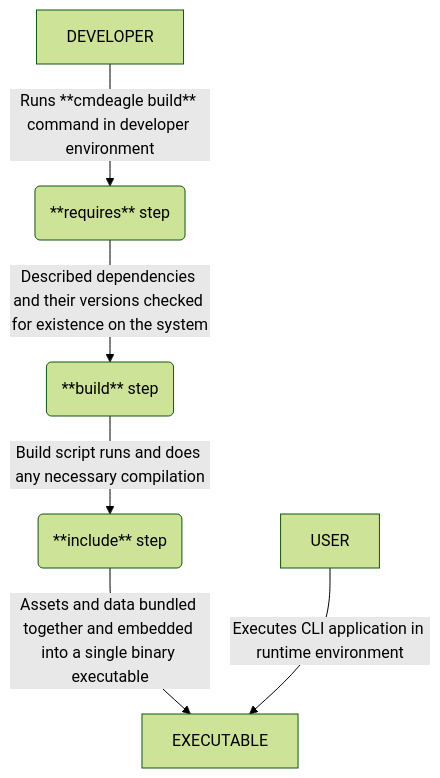
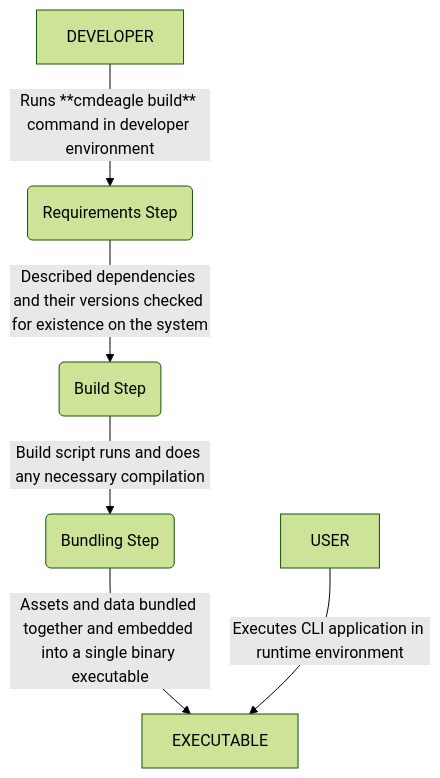
The first of 2 diagrams in docs/README.md (migsc/cmdeagle), drawn with Mermaid (forest theme) before and after one commit. The commit also changed other lines of this file and 4 other files, not shown here.

````diff
--- a/docs/README.md
+++ b/docs/README.md
@@ -270,17 +245,17 @@
 ```mermaid
 flowchart TD
 
     dev[DEVELOPER]
     user[USER]
 
     dev --> |Runs **cmdeagle build** command in developer environment| requires1
 
-    requires1(**requires** step)-->|Described dependencies and their versions checked for existence on the system| build(build)
-    build(**build** step) -->|Build script runs and does any necessary compilation| include
+    requires1(Requirements Step)-->|Described dependencies and their versions checked for existence on the system| build(build)
+    build(Build Step) -->|Build script runs and does any necessary compilation| include
 
-    include(**include** step) --> |Assets and data bundled together and embedded into a single binary executable| exe
+    include(Bundling Step) --> |Assets and data bundled together and embedded into a single binary executable| exe
     
     user -->|Executes CLI application in runtime environment| exe
     exe[EXECUTABLE]
 
 ```
````
